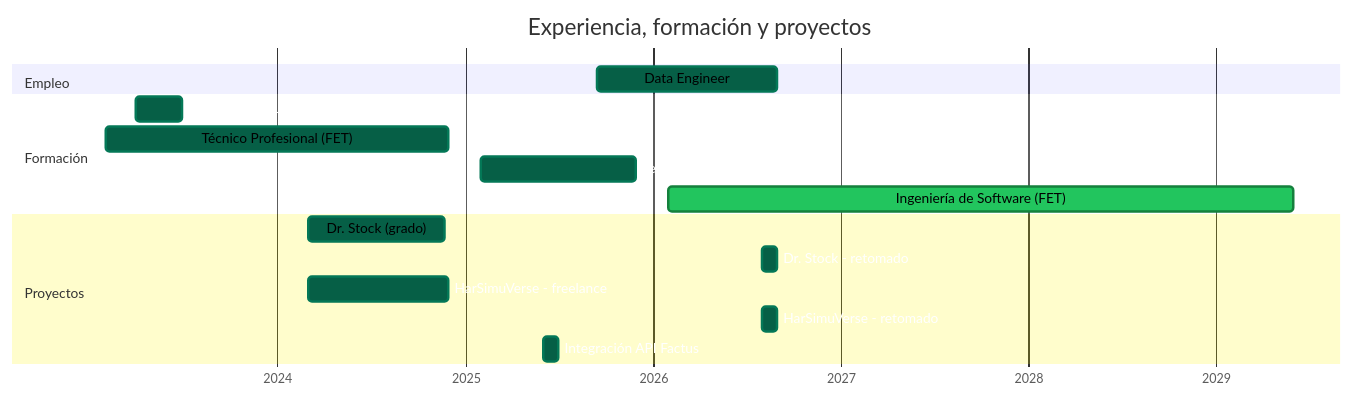
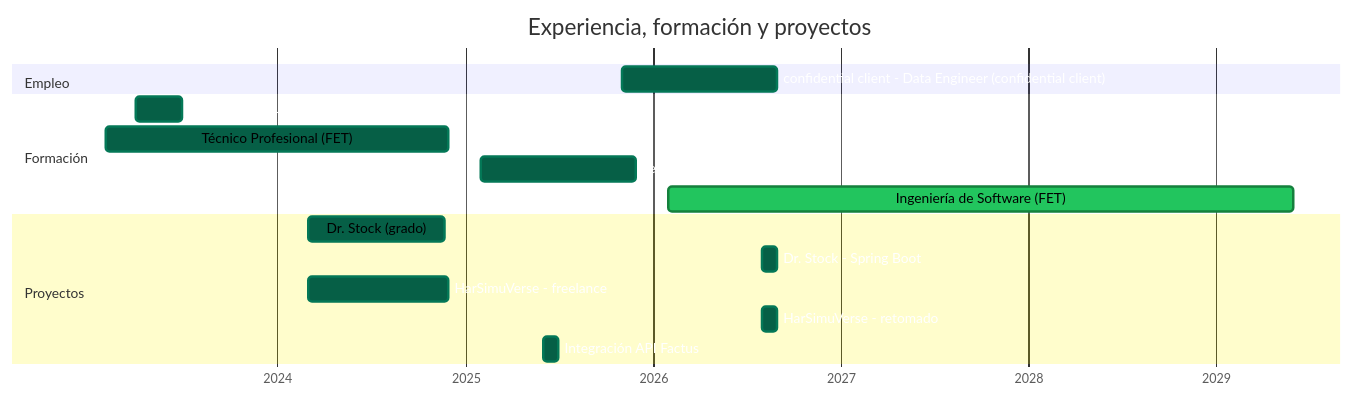
Before and after one commit to JuanJo24S/JuanJo24S: the diagram in README.md, drawn with Mermaid. The commit also changed other lines of this file, not shown here.

````diff
--- a/README.md
+++ b/README.md
@@ -68,28 +101,28 @@
 ```mermaid
 %%{init: { 'themeVariables': {
-  'doneTaskBkgColor': '#065f46',
-  'doneTaskBorderColor': '#047857',
-  'activeTaskBkgColor': '#22c55e',
-  'activeTaskBorderColor': '#15803d',
-  'taskTextColor': '#ffffff',
-  'taskTextLightColor': '#ffffff',
-  'taskTextOutsideColor': '#ffffff'
+'doneTaskBkgColor': '#065f46',
+'doneTaskBorderColor': '#047857',
+'activeTaskBkgColor': '#22c55e',
+'activeTaskBorderColor': '#15803d',
+'taskTextColor': '#ffffff',
+'taskTextLightColor': '#ffffff',
+'taskTextOutsideColor': '#ffffff'
 }}}%%
 gantt
-    title Experiencia, formación y proyectos
-    dateFormat  YYYY-MM-DD
-    axisFormat  %Y
-    section Empleo
-    Data Engineer      :done, 2025-09-15, 2026-08-31
-    section Formación
-    Curso SQL - Guayerd + Beta Hub         :done, 2023-04-01, 2023-06-30
-    Técnico Profesional (FET)              :done, 2023-02-01, 2024-11-30
-    Tecnología en Desarrollo (FET)         :done, 2025-02-01, 2025-11-30
-    Ingeniería de Software (FET)           :active, 2026-02-01, 2029-06-01
-    section Proyectos
-    Dr. Stock (grado)                      :done, 2024-03-01, 2024-11-22
-    Dr. Stock - retomado                   :done, 2026-08-01, 2026-08-31
-    HarSimuVerse - freelance               :done, 2024-03-01, 2024-11-30
-    HarSimuVerse - retomado                :done, 2026-08-01, 2026-08-31
-    Integración API Factus                 :done, 2025-06-01, 2025-06-30
+title Experiencia, formación y proyectos
+dateFormat YYYY-MM-DD
+axisFormat %Y
+section Empleo
+confidential client - Data Engineer (confidential client) :done, 2025-11-01, 2026-08-31
+section Formación
+Curso SQL - Guayerd + Beta Hub :done, 2023-04-01, 2023-06-30
+Técnico Profesional (FET) :done, 2023-02-01, 2024-11-30
+Tecnología en Desarrollo (FET) :done, 2025-02-01, 2025-11-30
+Ingeniería de Software (FET) :active, 2026-02-01, 2029-06-01
+section Proyectos
+Dr. Stock (grado) :done, 2024-03-01, 2024-11-22
+Dr. Stock - Spring Boot :done, 2026-08-01, 2026-08-31
+HarSimuVerse - freelance :done, 2024-03-01, 2024-11-30
+HarSimuVerse - retomado :done, 2026-08-01, 2026-08-31
+Integración API Factus :done, 2025-06-01, 2025-06-30
 ```
````
